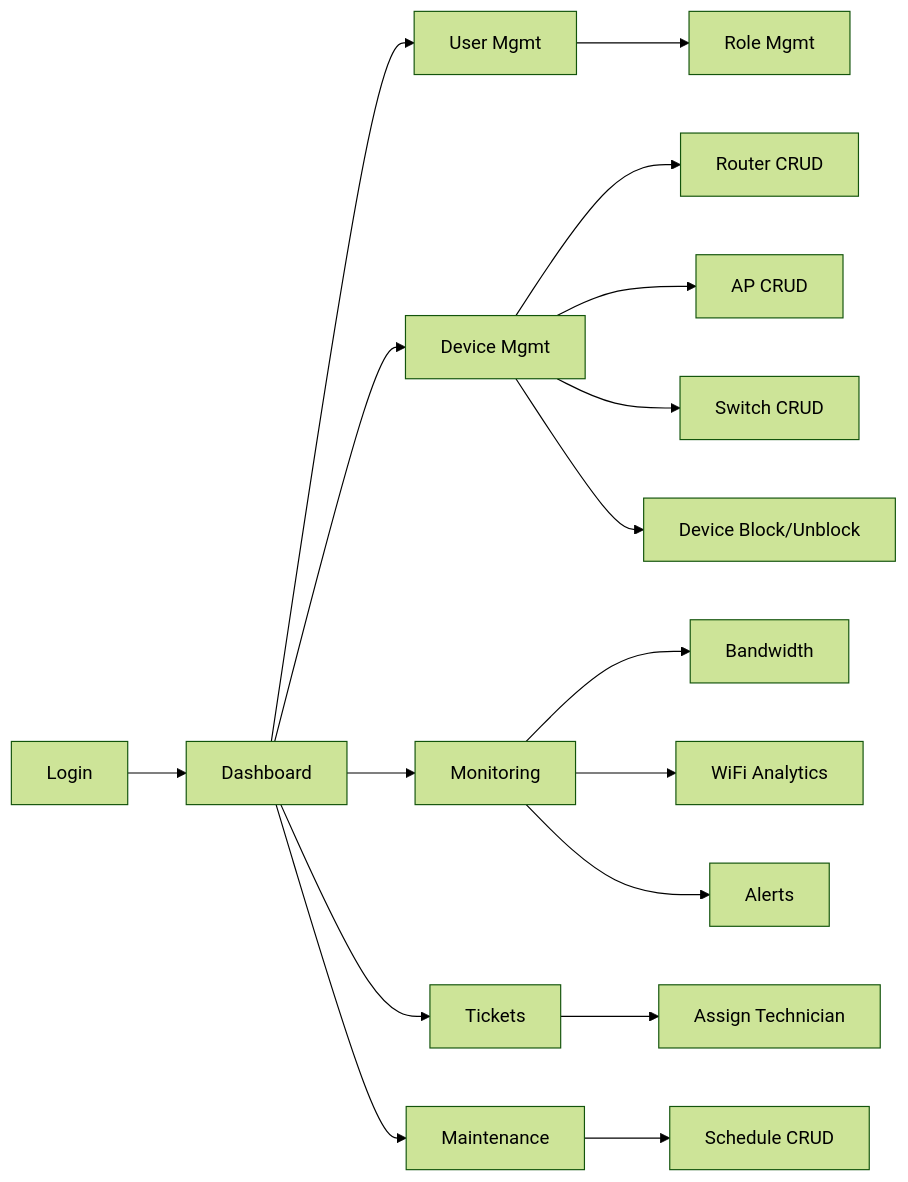
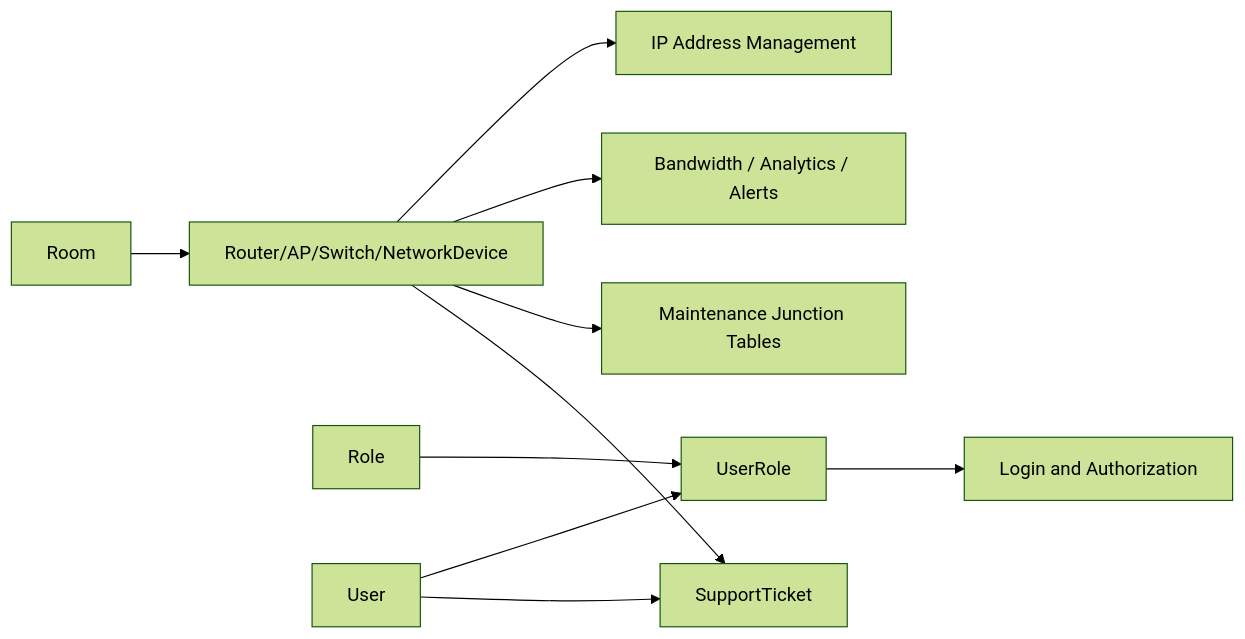
Before and after one commit to PhongTCT/PaymentTest: the fifth of 5 diagrams in PRJ301/05_feature_list.md, drawn with Mermaid (forest theme). The commit also changed other lines of this file and 54 other files, not shown here.

````diff
--- a/PRJ301/05_feature_list.md
+++ b/PRJ301/05_feature_list.md
@@ -159,20 +182,12 @@
 ```mermaid
 flowchart LR
-    Login[Login] --> Dashboard[Dashboard]
-    Dashboard --> UserMgmt[User Mgmt]
-    Dashboard --> DeviceMgmt[Device Mgmt]
-    Dashboard --> Monitoring[Monitoring]
-    Dashboard --> Tickets[Tickets]
-    Dashboard --> Maintenance[Maintenance]
-
-    UserMgmt --> RoleMgmt[Role Mgmt]
-    DeviceMgmt --> RouterMgmt[Router CRUD]
-    DeviceMgmt --> APMgmt[AP CRUD]
-    DeviceMgmt --> SwitchMgmt[Switch CRUD]
-    DeviceMgmt --> DeviceBlock[Device Block/Unblock]
-    Monitoring --> Bandwidth[Bandwidth]
-    Monitoring --> Analytics[WiFi Analytics]
-    Monitoring --> Alerts[Alerts]
-    Tickets --> TicketAssign[Assign Technician]
-    Maintenance --> MaintSched[Schedule CRUD]
+    Room[Room] --> Devices[Router/AP/Switch/NetworkDevice]
+    Role[Role] --> UserRole[UserRole]
+    User[User] --> UserRole
+    UserRole --> Login[Login and Authorization]
+    Devices --> IP[IP Address Management]
+    Devices --> Monitoring[Bandwidth / Analytics / Alerts]
+    Devices --> Maintenance[Maintenance Junction Tables]
+    User --> Tickets[SupportTicket]
+    Devices --> Tickets
 ```
````
